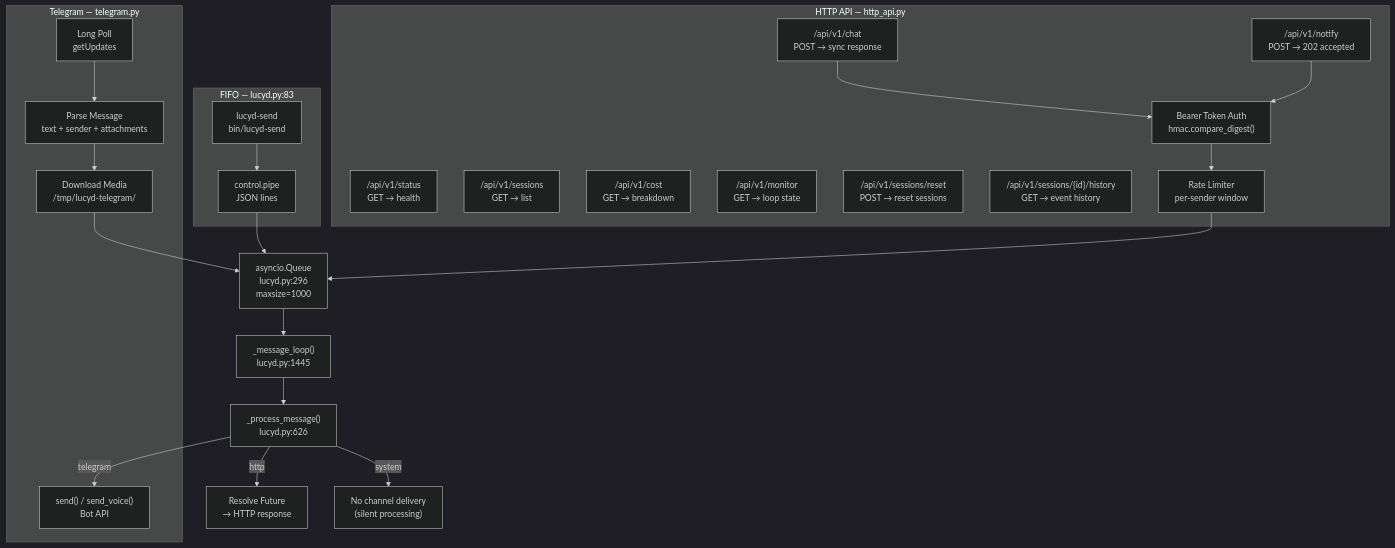
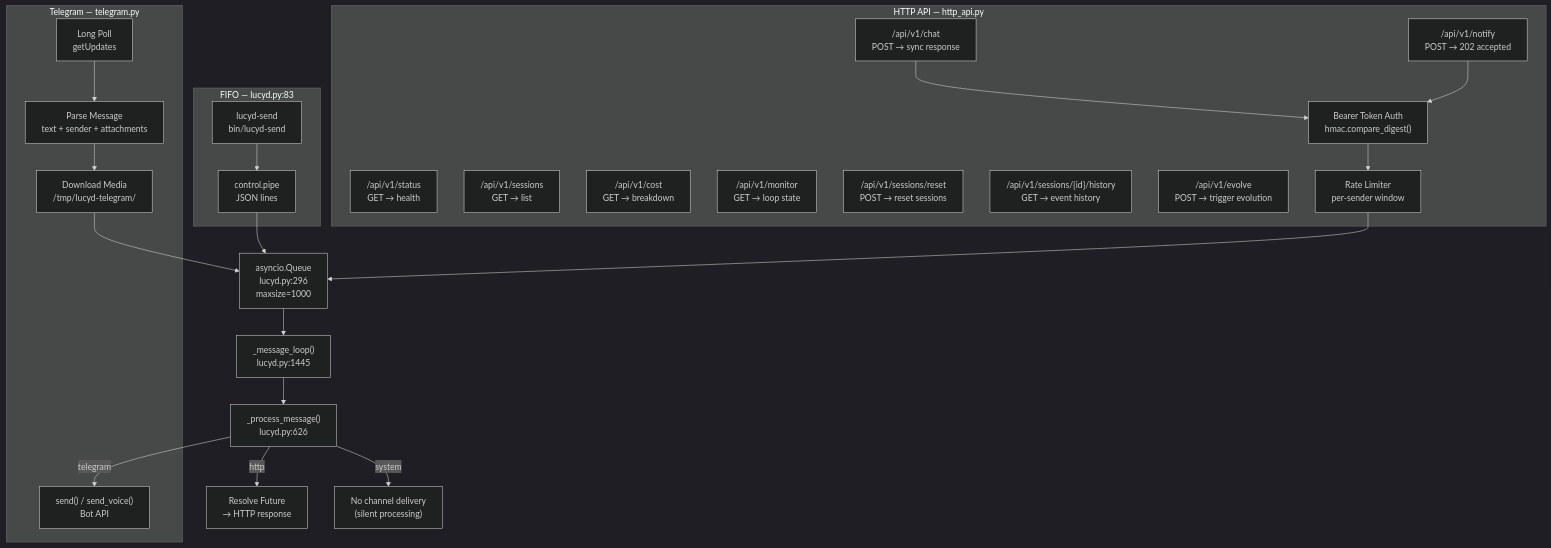
One commit to nicolasforstinger/lucyd changed the eighth of 8 diagrams in docs/diagrams.md. Above: the diagram before and after it, drawn with Mermaid (dark theme). The commit also changed 4 other files, not shown here.

````diff
--- a/docs/diagrams.md
+++ b/docs/diagrams.md
@@ -315,42 +315,43 @@
 ```mermaid
 flowchart TD
     subgraph Telegram["Telegram — telegram.py"]
         POLL["Long Poll<br/>getUpdates"]
         PARSE["Parse Message<br/>text + sender + attachments"]
         DL["Download Media<br/>/tmp/lucyd-telegram/"]
         SEND_TG["send() / send_voice()<br/>Bot API"]
     end
 
     subgraph HTTP["HTTP API — http_api.py"]
         CHAT["/api/v1/chat<br/>POST → sync response"]
         NOTIFY["/api/v1/notify<br/>POST → 202 accepted"]
         STATUS["/api/v1/status<br/>GET → health"]
         SESSIONS_EP["/api/v1/sessions<br/>GET → list"]
         COST_EP["/api/v1/cost<br/>GET → breakdown"]
         MONITOR_EP["/api/v1/monitor<br/>GET → loop state"]
         RESET_EP["/api/v1/sessions/reset<br/>POST → reset sessions"]
         HISTORY_EP["/api/v1/sessions/{id}/history<br/>GET → event history"]
+        EVOLVE_EP["/api/v1/evolve<br/>POST → trigger evolution"]
         AUTH["Bearer Token Auth<br/>hmac.compare_digest()"]
         RATE["Rate Limiter<br/>per-sender window"]
     end
 
     subgraph CLI["FIFO — lucyd.py:83"]
         PIPE["control.pipe<br/>JSON lines"]
         SEND_CLI["lucyd-send<br/>bin/lucyd-send"]
     end
 
     Q["asyncio.Queue<br/>lucyd.py:296<br/>maxsize=1000"]
 
     POLL --> PARSE --> DL --> Q
     SEND_CLI --> PIPE --> Q
     CHAT --> AUTH
     NOTIFY --> AUTH
     AUTH --> RATE --> Q
 
     Q --> LOOP["_message_loop()<br/>lucyd.py:1445"]
     LOOP --> PROCESS["_process_message()<br/>lucyd.py:626"]
 
     PROCESS -->|telegram| SEND_TG
     PROCESS -->|http| FUTURE["Resolve Future<br/>→ HTTP response"]
     PROCESS -->|system| SUPPRESS["No channel delivery<br/>(silent processing)"]
 ```
````
